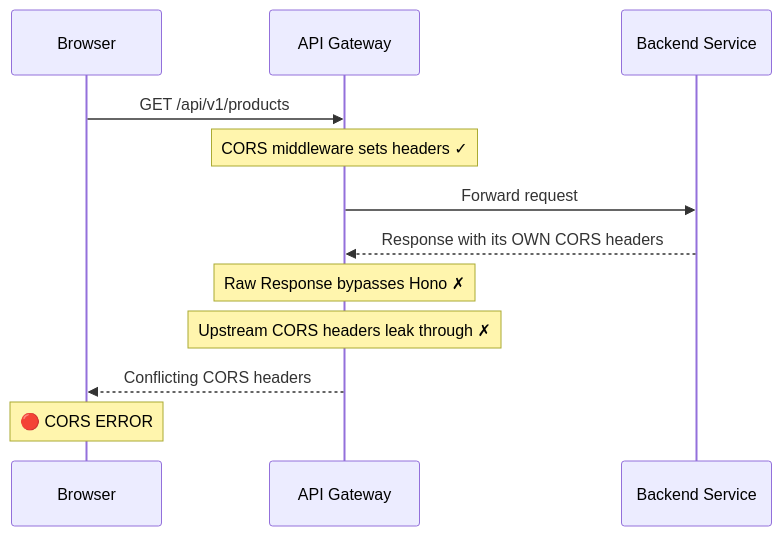
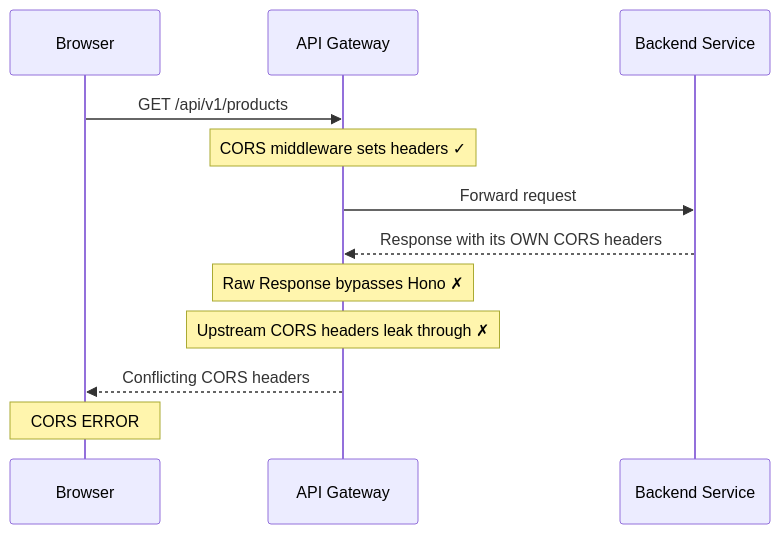
The second of 5 diagrams in src/content/blog/cors-wars-api-gateway/index.mdx (CROW-B3/blog.crowai.dev), drawn with Mermaid before and after one commit. The commit also changed other lines of this file, not shown here.

````diff
--- a/src/content/blog/cors-wars-api-gateway/index.mdx
+++ b/src/content/blog/cors-wars-api-gateway/index.mdx
@@ -140,15 +140,15 @@
 ```mermaid
 sequenceDiagram
     participant Browser
     participant Gateway as API Gateway
     participant Service as Backend Service
 
     Browser->>Gateway: GET /api/v1/products
     Note over Gateway: CORS middleware sets headers ✓
     Gateway->>Service: Forward request
     Service-->>Gateway: Response with its OWN CORS headers
     Note over Gateway: Raw Response bypasses Hono ✗
     Note over Gateway: Upstream CORS headers leak through ✗
     Gateway-->>Browser: Conflicting CORS headers
-    Note over Browser: 🔴 CORS ERROR
+    Note over Browser: CORS ERROR
 ```
````
